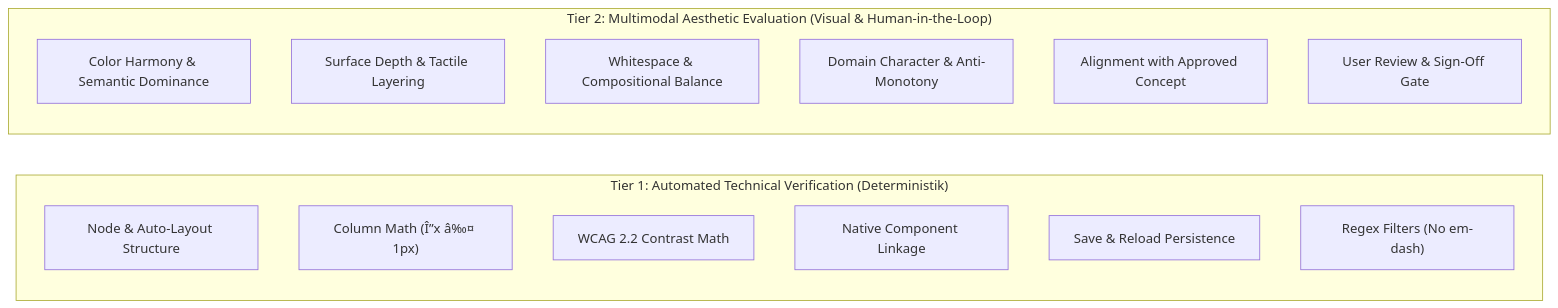
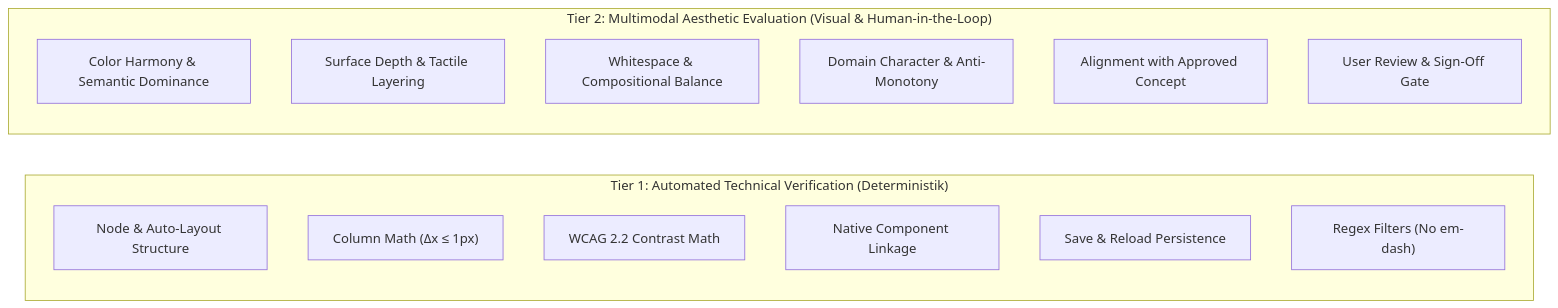
Before and after one commit to alfitocp27/design-orchestrator: the first of 2 diagrams in .agents/skills/design-orchestrator/references/visual-qa-system.md, drawn with Mermaid. The commit also changed other lines of this file and 78 other files, not shown here.

````diff
--- a/.agents/skills/design-orchestrator/references/visual-qa-system.md
+++ b/.agents/skills/design-orchestrator/references/visual-qa-system.md
@@ -25,20 +25,20 @@
 ```mermaid
 flowchart LR
     subgraph TIER1["Tier 1: Automated Technical Verification (Deterministik)"]
         A1["Node & Auto-Layout Structure"]
-        A2["Column Math (Î”x â‰¤ 1px)"]
+        A2["Column Math (Δx ≤ 1px)"]
         A3["WCAG 2.2 Contrast Math"]
         A4["Native Component Linkage"]
         A5["Save & Reload Persistence"]
         A6["Regex Filters (No em-dash)"]
     end
 
     subgraph TIER2["Tier 2: Multimodal Aesthetic Evaluation (Visual & Human-in-the-Loop)"]
         B1["Color Harmony & Semantic Dominance"]
         B2["Surface Depth & Tactile Layering"]
         B3["Whitespace & Compositional Balance"]
         B4["Domain Character & Anti-Monotony"]
         B5["Alignment with Approved Concept"]
         B6["User Review & Sign-Off Gate"]
     end
 ```
````
